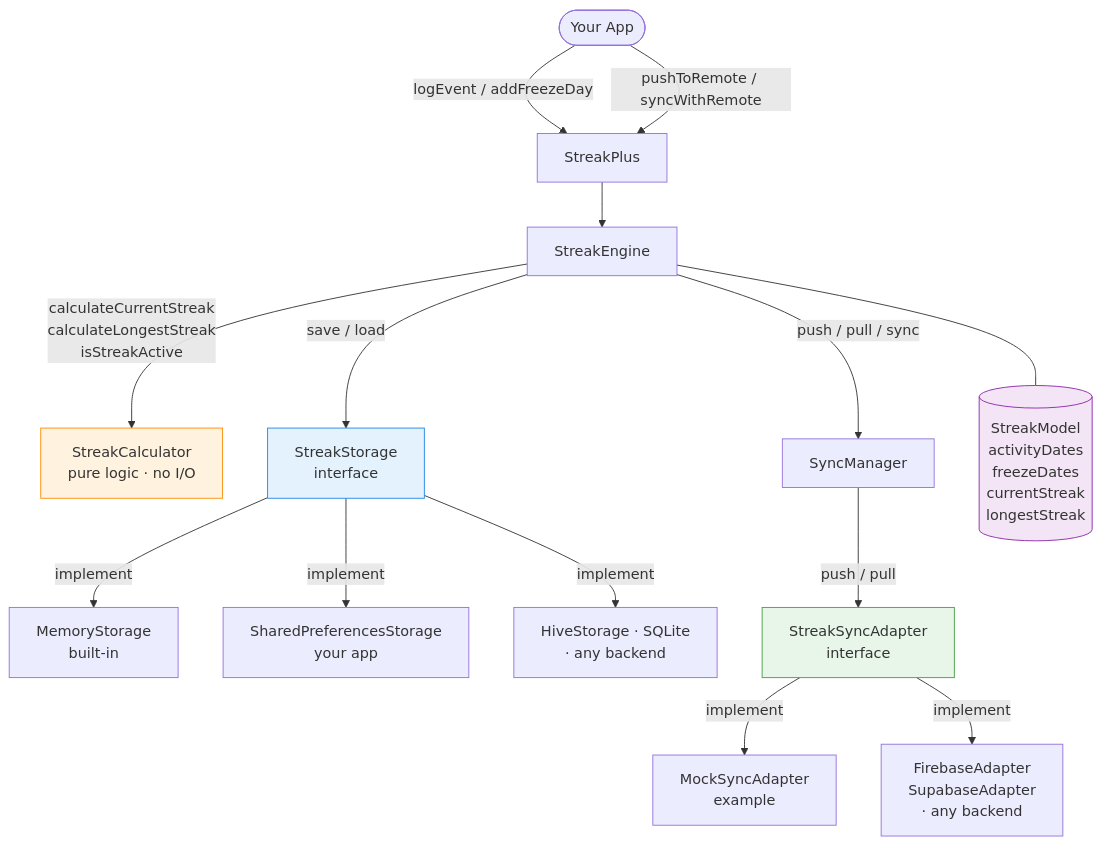
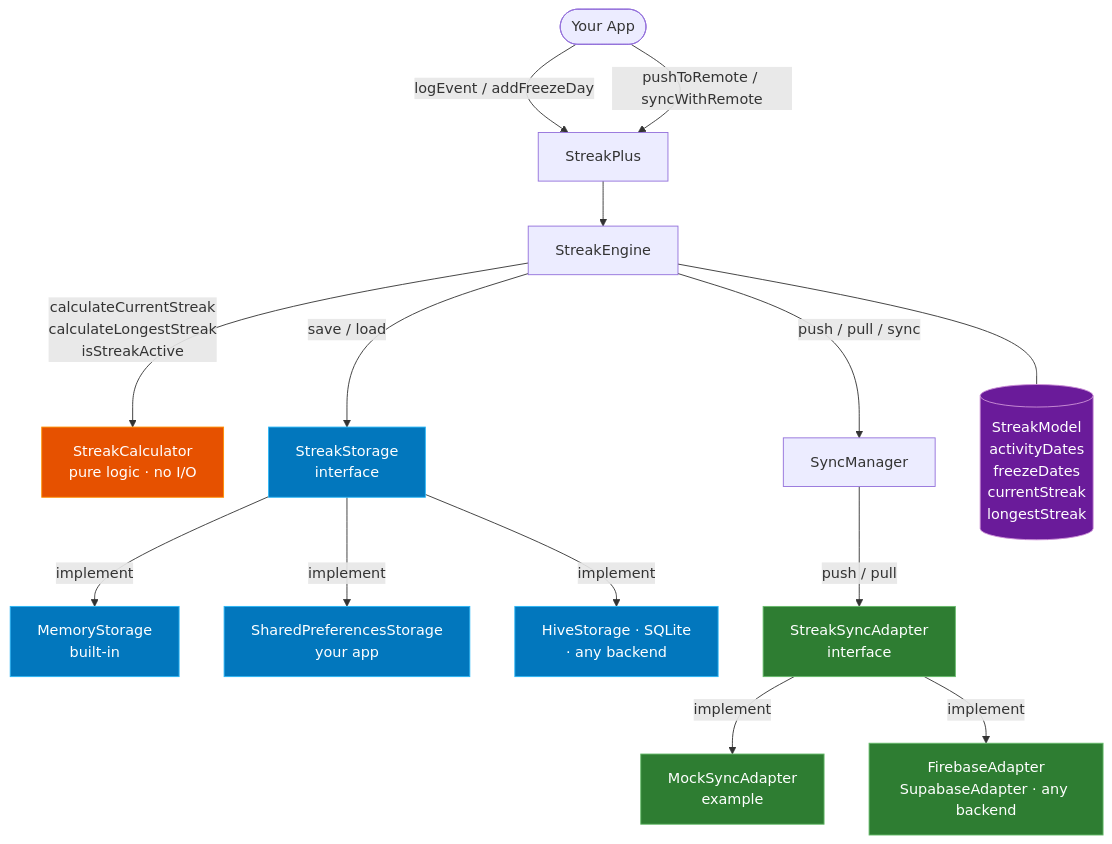
One commit to androidshashi/streak_plus changed the first of 4 diagrams in README.md. Above: the diagram before and after it, drawn with Mermaid. The commit also changed other lines of this file, not shown here.

````diff
--- a/README.md
+++ b/README.md
@@ -22,26 +31,31 @@
 ```mermaid
 graph TD
     A([Your App]) -->|logEvent / addFreezeDay| B[StreakPlus]
     A -->|pushToRemote / syncWithRemote| B
 
     B --> C[StreakEngine]
 
-    C -->|calculateCurrentStreak\ncalculateLongestStreak\nisStreakActive| D[StreakCalculator\npure logic · no I/O]
-    C -->|save / load| E[StreakStorage\ninterface]
+    C -->|calculateCurrentStreak\ncalculateLongestStreak\nisStreakActive| D["StreakCalculator\npure logic · no I/O"]
+    C -->|save / load| E["StreakStorage\ninterface"]
     C -->|push / pull / sync| F[SyncManager]
 
-    E -->|implement| E1[MemoryStorage\nbuilt-in]
-    E -->|implement| E2[SharedPreferencesStorage\nyour app]
-    E -->|implement| E3[HiveStorage · SQLite\n· any backend]
+    E -->|implement| E1["MemoryStorage\nbuilt-in"]
+    E -->|implement| E2["SharedPreferencesStorage\nyour app"]
+    E -->|implement| E3["HiveStorage · SQLite\n· any backend"]
 
-    F -->|push / pull| G[StreakSyncAdapter\ninterface]
-    G -->|implement| G1[MockSyncAdapter\nexample]
-    G -->|implement| G2[FirebaseAdapter\nSupabaseAdapter\n· any backend]
+    F -->|push / pull| G["StreakSyncAdapter\ninterface"]
+    G -->|implement| G1["MockSyncAdapter\nexample"]
+    G -->|implement| G2["FirebaseAdapter\nSupabaseAdapter · any backend"]
 
-    C --- H[(StreakModel\nactivityDates\nfreezeDates\ncurrentStreak\nlongestStreak)]
+    C --- H[("StreakModel\nactivityDates\nfreezeDates\ncurrentStreak\nlongestStreak")]
 
-    style D fill:#fff3e0,stroke:#fb8c00
-    style E fill:#e3f2fd,stroke:#1e88e5
-    style G fill:#e8f5e9,stroke:#43a047
-    style H fill:#f3e5f5,stroke:#8e24aa
+    style D fill:#e65100,stroke:#ff8f00,color:#fff
+    style E fill:#0277bd,stroke:#29b6f6,color:#fff
+    style G fill:#2e7d32,stroke:#66bb6a,color:#fff
+    style H fill:#6a1b9a,stroke:#ce93d8,color:#fff
+    style E1 fill:#0277bd,stroke:#29b6f6,color:#fff
+    style E2 fill:#0277bd,stroke:#29b6f6,color:#fff
+    style E3 fill:#0277bd,stroke:#29b6f6,color:#fff
+    style G1 fill:#2e7d32,stroke:#66bb6a,color:#fff
+    style G2 fill:#2e7d32,stroke:#66bb6a,color:#fff
 ```
````
